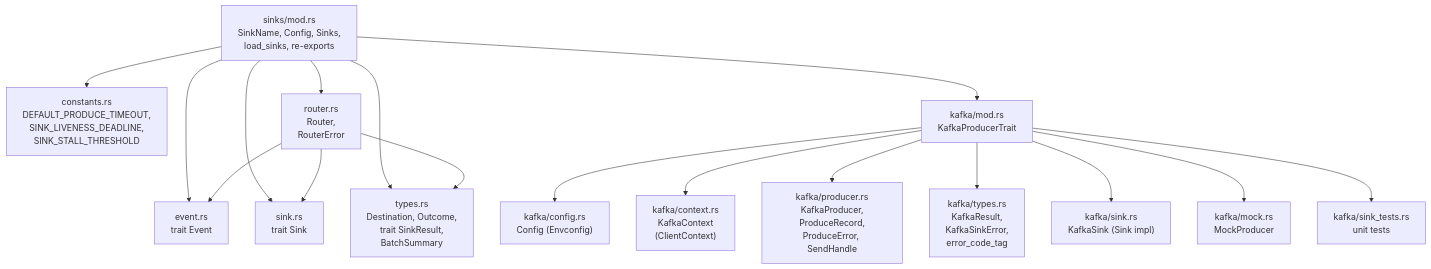
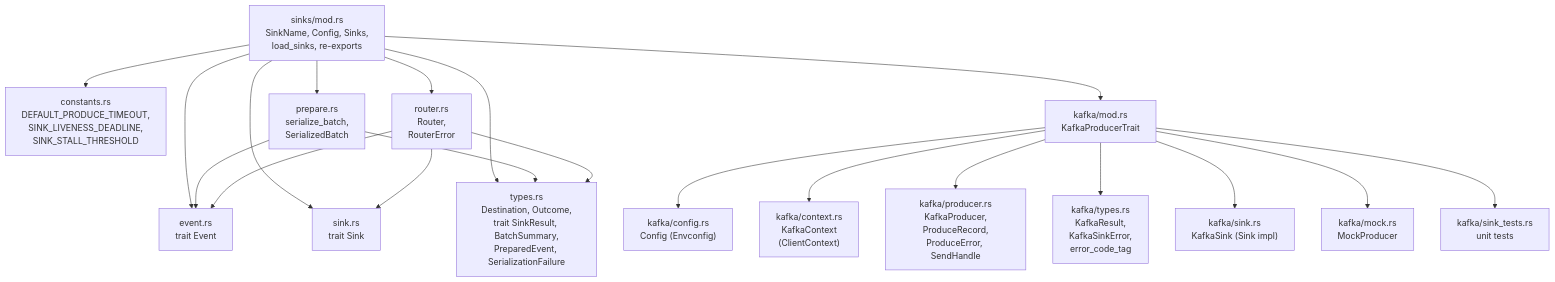
The first of 2 diagrams in rust/capture/src/v1/sinks/DESIGN.md (nightingale-ai-com/posthog), drawn with Mermaid before and after one commit. The commit also changed other lines of this file and 8 other files, not shown here.

First line of the commit message:
feat(capture): publish PreparedEvent batches via serialize_batch

````diff
--- a/rust/capture/src/v1/sinks/DESIGN.md
+++ b/rust/capture/src/v1/sinks/DESIGN.md
@@ -65,37 +77,42 @@
 ```mermaid
 graph TD
     mod["sinks/mod.rs<br>SinkName, Config, Sinks,<br>load_sinks, re-exports"]
     constants["constants.rs<br>DEFAULT_PRODUCE_TIMEOUT,<br>SINK_LIVENESS_DEADLINE,<br>SINK_STALL_THRESHOLD"]
     event["event.rs<br>trait Event"]
     sink["sink.rs<br>trait Sink"]
-    types["types.rs<br>Destination, Outcome,<br>trait SinkResult,<br>BatchSummary"]
+    types["types.rs<br>Destination, Outcome,<br>trait SinkResult, BatchSummary,<br>PreparedEvent, SerializationFailure"]
+    prepare["prepare.rs<br>serialize_batch,<br>SerializedBatch"]
     router["router.rs<br>Router,<br>RouterError"]
 
     kmod["kafka/mod.rs<br>KafkaProducerTrait"]
     kconfig["kafka/config.rs<br>Config (Envconfig)"]
     kctx["kafka/context.rs<br>KafkaContext<br>(ClientContext)"]
     kprod["kafka/producer.rs<br>KafkaProducer,<br>ProduceRecord,<br>ProduceError, SendHandle"]
     ktypes["kafka/types.rs<br>KafkaResult,<br>KafkaSinkError,<br>error_code_tag"]
     ksink["kafka/sink.rs<br>KafkaSink (Sink impl)"]
     kmock["kafka/mock.rs<br>MockProducer"]
     ktests["kafka/sink_tests.rs<br>unit tests"]
 
     mod --> constants
     mod --> event
     mod --> sink
     mod --> types
+    mod --> prepare
     mod --> router
     mod --> kmod
+
+    prepare --> event
+    prepare --> types
 
     kmod --> kconfig
     kmod --> kctx
     kmod --> kprod
     kmod --> ktypes
     kmod --> ksink
     kmod --> kmock
     kmod --> ktests
 
     router --> sink
     router --> event
     router --> types
 ```
````
